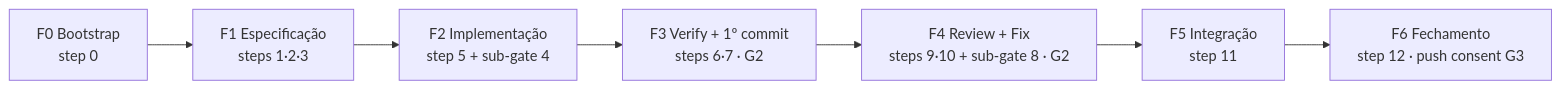
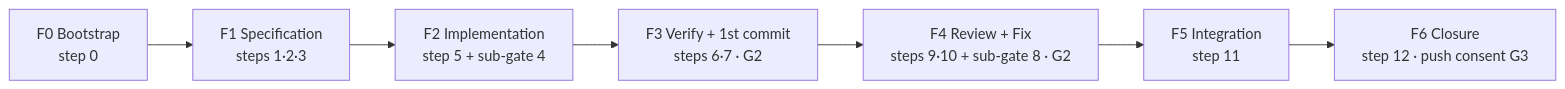
Before and after one commit to jpolvora/workflow-skills: the first of 9 diagrams in .agents/skills/us-workflow/DIAGRAM.md, drawn with Mermaid. The commit also changed other lines of this file and 21 other files, not shown here.

````diff
--- a/.agents/skills/us-workflow/DIAGRAM.md
+++ b/.agents/skills/us-workflow/DIAGRAM.md
@@ -13,9 +13,9 @@
 ```mermaid
 flowchart LR
-  F0[F0 Bootstrap<br/>step 0] --> F1[F1 Especificação<br/>steps 1·2·3]
-  F1 --> F2[F2 Implementação<br/>step 5 + sub-gate 4]
-  F2 --> F3[F3 Verify + 1º commit<br/>steps 6·7 · G2]
+  F0[F0 Bootstrap<br/>step 0] --> F1[F1 Specification<br/>steps 1·2·3]
+  F1 --> F2[F2 Implementation<br/>step 5 + sub-gate 4]
+  F2 --> F3[F3 Verify + 1st commit<br/>steps 6·7 · G2]
   F3 --> F4[F4 Review + Fix<br/>steps 9·10 + sub-gate 8 · G2]
-  F4 --> F5[F5 Integração<br/>step 11]
-  F5 --> F6[F6 Fechamento<br/>step 12 · push consent G3]
+  F4 --> F5[F5 Integration<br/>step 11]
+  F5 --> F6[F6 Closure<br/>step 12 · push consent G3]
 ```
````
